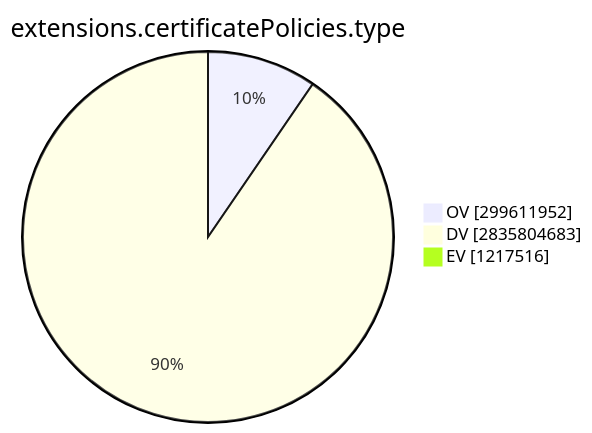
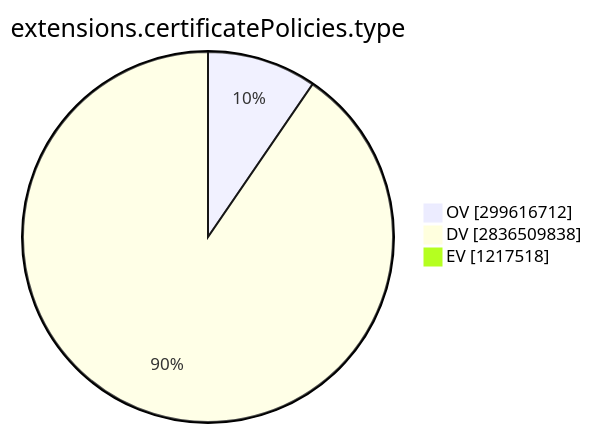
The ninth of 15 diagrams in TOTAL/README.md (christiankrug/ctmonitor_visualization), drawn with Mermaid before and after one commit. The commit also changed other lines of this file, not shown here.

````diff
--- a/TOTAL/README.md
+++ b/TOTAL/README.md
@@ -3101,7 +3101,7 @@
 ```mermaid
 pie showData
 title extensions.certificatePolicies.type
-"OV" :299611952
-"DV" :2835804683
-"EV" :1217516
+"OV" :299616712
+"DV" :2836509838
+"EV" :1217518
 ```
````
